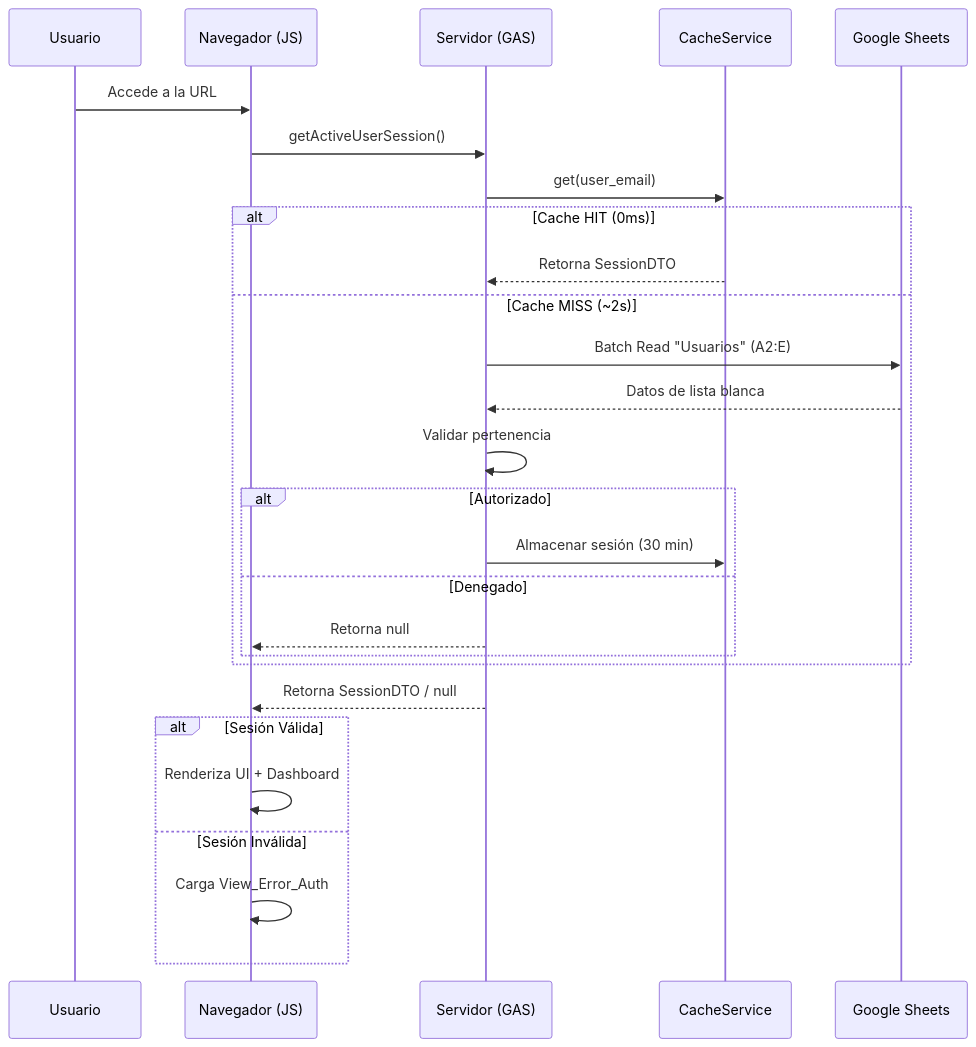
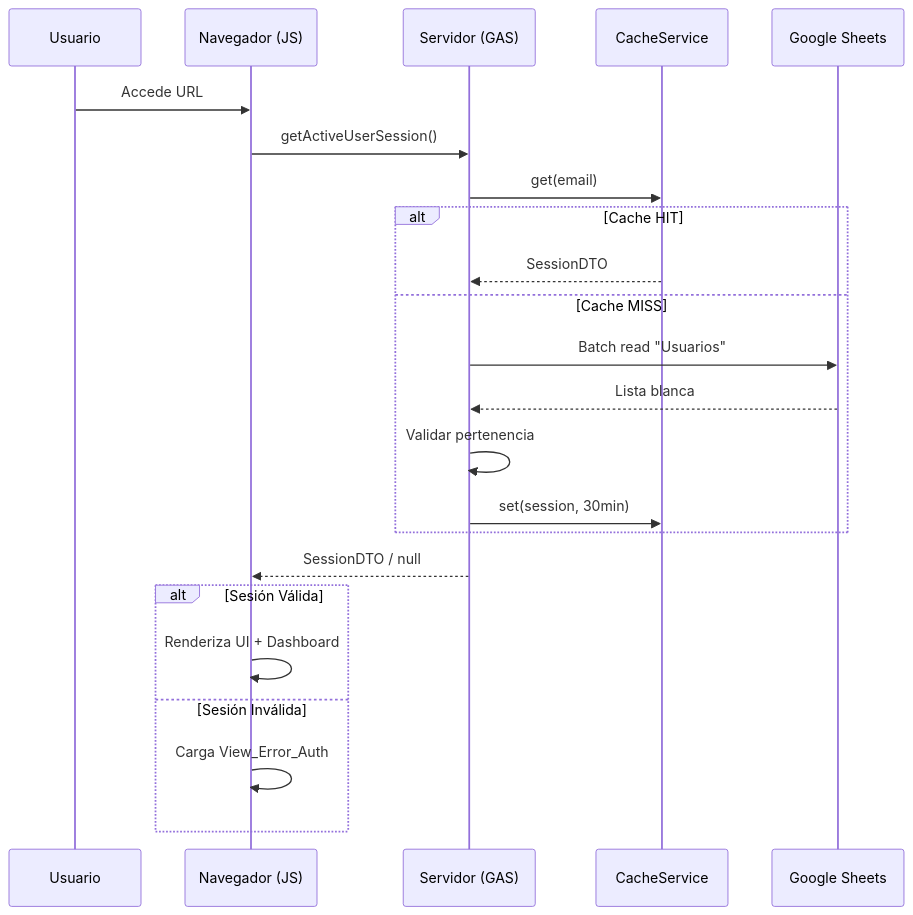
One commit to jlangarica/Division-Servicios-Administrativos changed the second of 3 diagrams in README.md. Above: the diagram before and after it, drawn with Mermaid. The commit also changed other lines of this file, not shown here.

````diff
--- a/README.md
+++ b/README.md
@@ -128,33 +97,25 @@
 ```mermaid
 sequenceDiagram
     participant U as Usuario
     participant B as Navegador (JS)
     participant S as Servidor (GAS)
     participant C as CacheService
     participant DB as Google Sheets
-
-    U->>B: Accede a la URL
+    U->>B: Accede URL
     B->>S: getActiveUserSession()
-    S->>C: get(user_email)
-    
-    alt Cache HIT (0ms)
-        C-->>S: Retorna SessionDTO
-    else Cache MISS (~2s)
-        S->>DB: Batch Read "Usuarios" (A2:E)
-        DB-->>S: Datos de lista blanca
+    S->>C: get(email)
+    alt Cache HIT
+        C-->>S: SessionDTO
+    else Cache MISS
+        S->>DB: Batch read "Usuarios"
+        DB-->>S: Lista blanca
         S->>S: Validar pertenencia
-        alt Autorizado
-            S->>C: Almacenar sesión (30 min)
-        else Denegado
-            S-->>B: Retorna null
-        end
+        S->>C: set(session, 30min)
     end
-    
-    S-->>B: Retorna SessionDTO / null
-    
+    S-->>B: SessionDTO / null
     alt Sesión Válida
         B->>B: Renderiza UI + Dashboard
     else Sesión Inválida
         B->>B: Carga View_Error_Auth
     end
 ```
````
